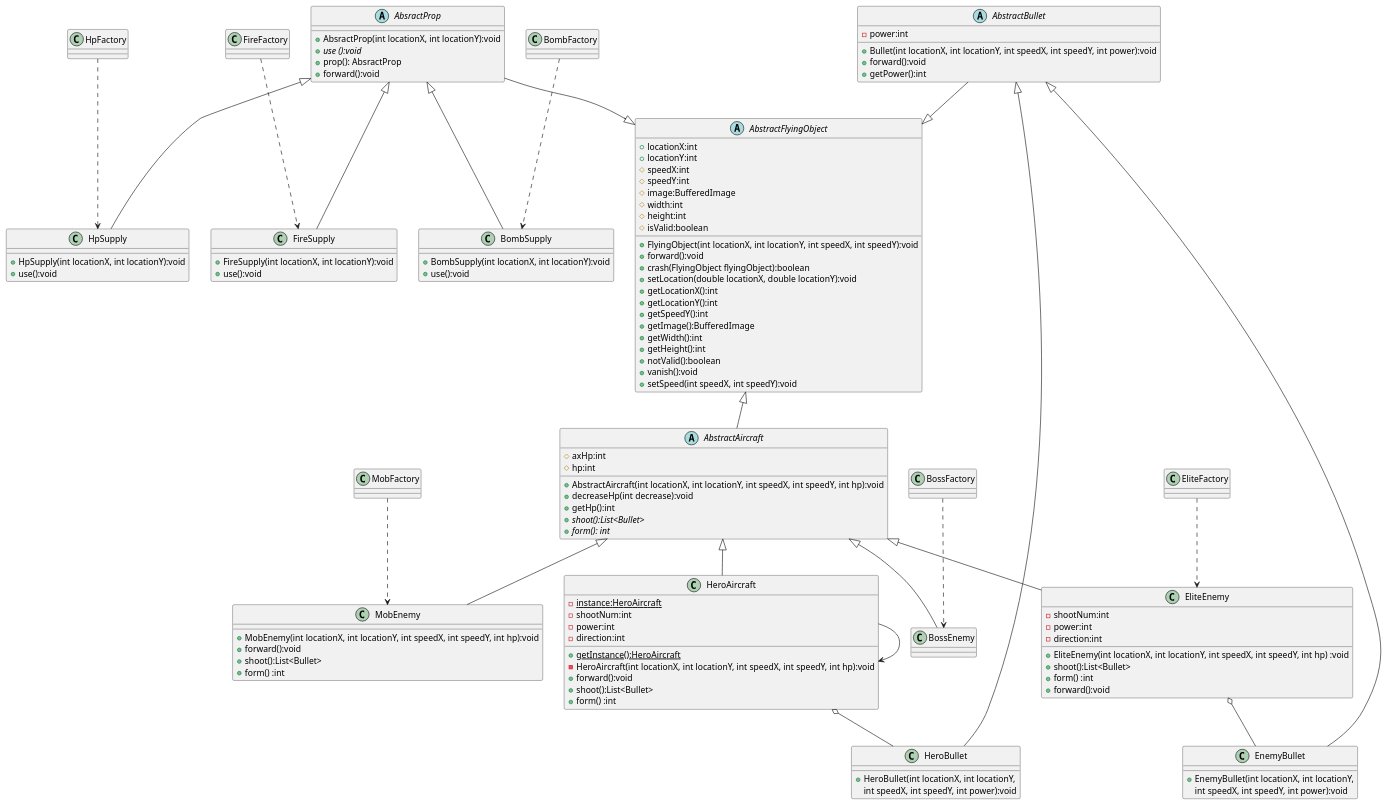
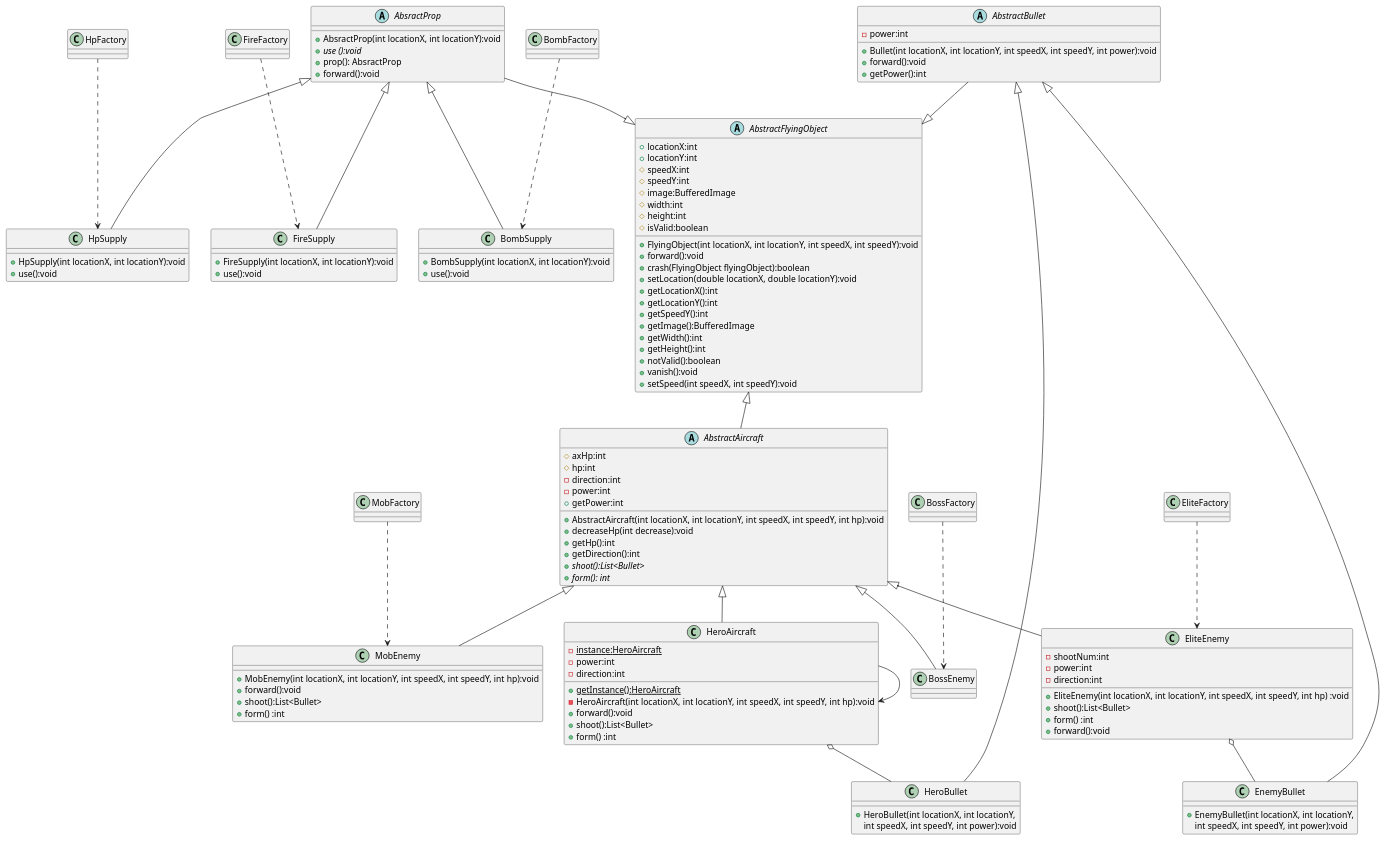
Before and after one commit to TheRoad-1210/AircraftWar: the diagram in uml/Inheritence.puml, drawn with PlantUML. The commit also changed 12 other files, not shown here.

```diff
--- a/uml/Inheritence.puml
+++ b/uml/Inheritence.puml
@@ -1,139 +1,142 @@
 @startuml
 'https://plantuml.com/class-diagram
 
 abstract class AbstractFlyingObject
 {
     + locationX:int
     + locationY:int
     # speedX:int
     # speedY:int
     # image:BufferedImage
     # width:int
     # height:int
     # isValid:boolean
 
     + FlyingObject(int locationX, int locationY, int speedX, int speedY):void
     + forward():void
     + crash(FlyingObject flyingObject):boolean
     + setLocation(double locationX, double locationY):void
     + getLocationX():int
     + getLocationY():int
     + getSpeedY():int
     + getImage():BufferedImage
     + getWidth():int
     + getHeight():int
     + notValid():boolean
     + vanish():void
     + setSpeed(int speedX, int speedY):void
 }
 abstract class AbstractAircraft
 {
 	# axHp:int
     # hp:int
     + AbstractAircraft(int locationX, int locationY, int speedX, int speedY, int hp):void
     + decreaseHp(int decrease):void
     + getHp():int
+    - direction:int
+    + getDirection():int
+    - power:int
+    + getPower:int
     + {abstract} shoot():List<Bullet>
     + {abstract} form(): int
  }
 
 abstract class AbstractBullet
 {
     - power:int
     + Bullet(int locationX, int locationY, int speedX, int speedY, int power):void
     + forward():void
 	+ getPower():int
 }
 
 AbstractFlyingObject <|-- AbstractAircraft
 AbstractFlyingObject <|-up- AbstractBullet
 AbstractFlyingObject <|-up- AbsractProp
 
 AbstractAircraft <|-- HeroAircraft
 AbstractAircraft <|-- MobEnemy
 AbstractAircraft <|-- EliteEnemy
 AbstractAircraft <|-- BossEnemy
 HeroAircraft --> HeroAircraft
 
 AbstractBullet <|-- HeroBullet
 AbstractBullet <|-- EnemyBullet
 
 AbsractProp <|-- HpSupply
 AbsractProp <|-- FireSupply
 AbsractProp <|-- BombSupply
 
 HeroAircraft o-- HeroBullet
 EliteEnemy o-- EnemyBullet
 
 EliteFactory..> EliteEnemy
 BossFactory..> BossEnemy
 MobFactory..> MobEnemy
 HpFactory ..> HpSupply
 BombFactory ..> BombSupply
 FireFactory ..> FireSupply
 class HeroAircraft {
 
     -{static}instance:HeroAircraft
     +{static}getInstance():HeroAircraft
-    - shootNum:int
     - power:int
     - direction:int
     - HeroAircraft(int locationX, int locationY, int speedX, int speedY, int hp):void
     + forward():void
     + shoot():List<Bullet>
     + form() :int
 }
 
 class MobEnemy {
     + MobEnemy(int locationX, int locationY, int speedX, int speedY, int hp):void
     + forward():void
     + shoot():List<Bullet>
     + form() :int
 }
 
 class EliteEnemy {
     - shootNum:int
     - power:int
     - direction:int
     + EliteEnemy(int locationX, int locationY, int speedX, int speedY, int hp) :void
     + shoot():List<Bullet>
     + form() :int
     + forward():void
 }
 
 class BossEnemy
 
 class HeroBullet {
     + HeroBullet(int locationX, int locationY,
      int speedX, int speedY, int power):void
 }
 
 class EnemyBullet {
     + EnemyBullet(int locationX, int locationY,
      int speedX, int speedY, int power):void
 }
 
 abstract class AbsractProp {
     +AbsractProp(int locationX, int locationY):void
     +{abstract} use ():void
     + prop(): AbsractProp
     +forward():void
 
 }
 
 class HpSupply{
     +HpSupply(int locationX, int locationY):void
     +use():void
 }
 
 class FireSupply{
     +FireSupply(int locationX, int locationY):void
     +use():void
 }
 
 class BombSupply{
     +BombSupply(int locationX, int locationY):void
     +use():void
 }
 
 @enduml
```
